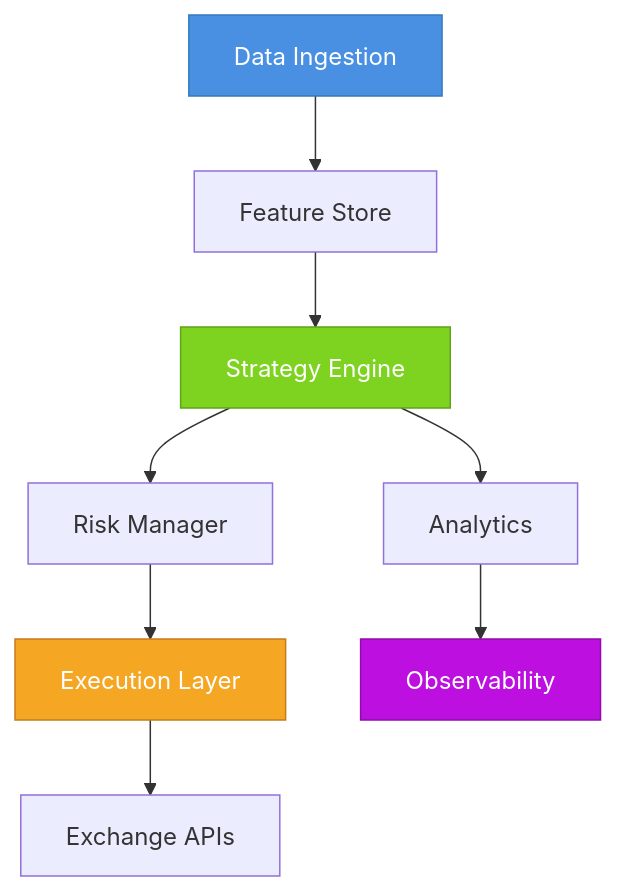
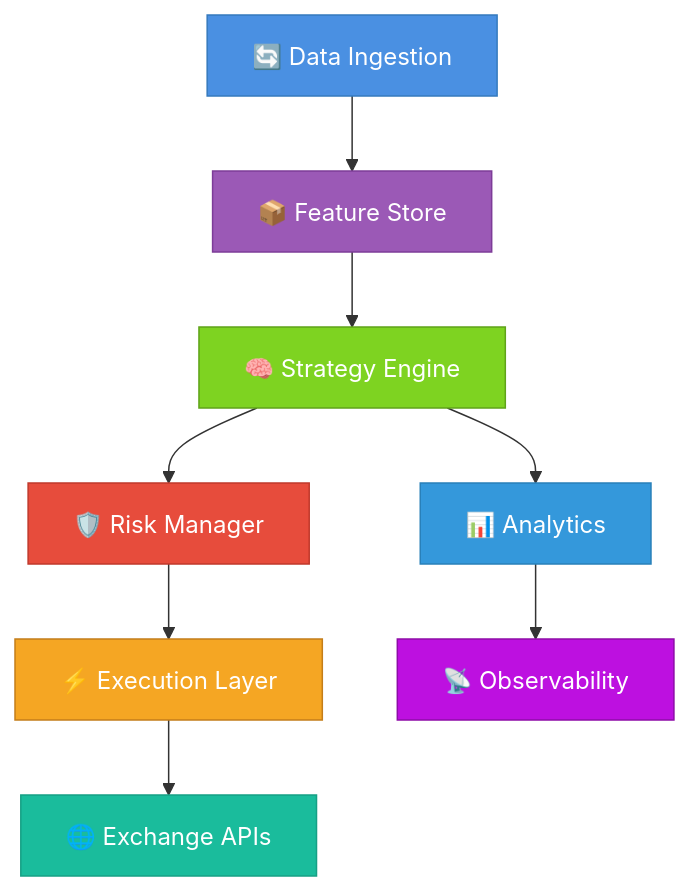
Before and after one commit to neuron7x/Kuramoto-synchronization-model: the second of 3 diagrams in README.md, drawn with Mermaid. The commit also changed other lines of this file, not shown here.

````diff
--- a/README.md
+++ b/README.md
@@ -777,15 +1162,19 @@
 ```mermaid
 graph TB
-  A[Data Ingestion] --> B[Feature Store]
-  B --> C[Strategy Engine]
-  C --> D[Risk Manager]
-  D --> E[Execution Layer]
-  E --> F[Exchange APIs]
-  C --> G[Analytics]
-  G --> H[Observability]
+  A[🔄 Data Ingestion] --> B[📦 Feature Store]
+  B --> C[🧠 Strategy Engine]
+  C --> D[🛡️ Risk Manager]
+  D --> E[⚡ Execution Layer]
+  E --> F[🌐 Exchange APIs]
+  C --> G[📊 Analytics]
+  G --> H[📡 Observability]
 
   style A fill:#4a90e2,stroke:#357abd,color:#fff
+  style B fill:#9b59b6,stroke:#7d3c98,color:#fff
   style C fill:#7ed321,stroke:#5fa319,color:#fff
+  style D fill:#e74c3c,stroke:#c0392b,color:#fff
   style E fill:#f5a623,stroke:#c47d1a,color:#fff
+  style F fill:#1abc9c,stroke:#16a085,color:#fff
+  style G fill:#3498db,stroke:#2980b9,color:#fff
   style H fill:#bd10e0,stroke:#8e0ca8,color:#fff
 ```
````
